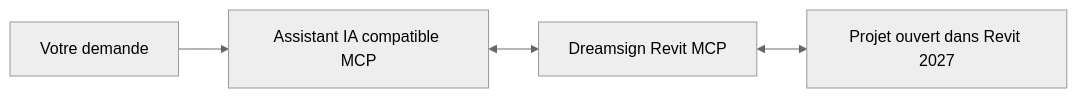
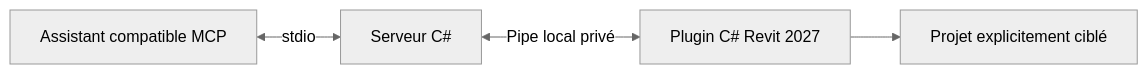
One commit to Dreamsigner/Dreamsign_Revit_MCP changed the diagram in README.md. Above: the diagram before and after it, drawn with Mermaid (neutral theme). The commit also changed other lines of this file and 55 other files, not shown here.

First line of the commit message:
Migrate Revit MCP to C# and .NET 10 (#1)

````diff
--- a/README.md
+++ b/README.md
@@ -12,6 +14,6 @@
 ```mermaid
 flowchart LR
-    A[Votre demande] --> B[Assistant IA compatible MCP]
-    B <--> C[Dreamsign Revit MCP]
-    C <--> D[Projet ouvert dans Revit 2027]
+    A[Assistant compatible MCP] <-->|stdio| B[Serveur C#]
+    B <-->|Pipe local privé| C[Plugin C# Revit 2027]
+    C --> D[Projet explicitement ciblé]
 ```
````
